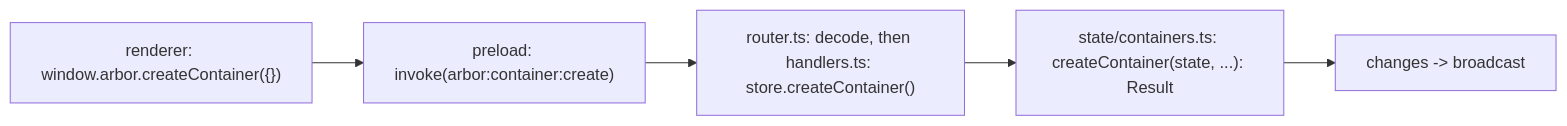
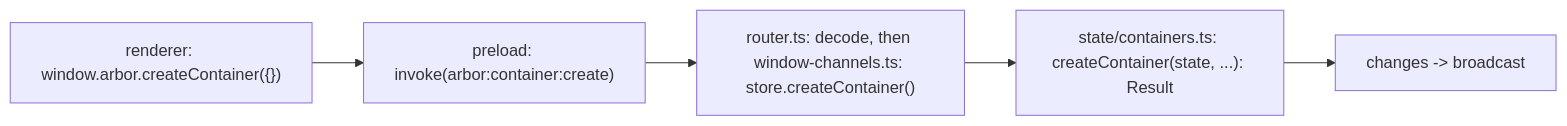
The third of 3 diagrams in docs/architecture/03-store.md (rom100main/arbor), drawn with Mermaid before and after one commit. The commit also changed other lines of this file and 3 other files, not shown here.

Commit message:
docs(architecture): extension handling use effect, simplify windows handling

````diff
--- a/docs/architecture/03-store.md
+++ b/docs/architecture/03-store.md
@@ -88,7 +88,7 @@
 ```mermaid
 flowchart LR
     Ren["renderer: window.arbor.createContainer({})"] --> Pre["preload: invoke(arbor:container:create)"]
-    Pre --> Han["router.ts: decode, then handlers.ts: store.createContainer()"]
+    Pre --> Han["router.ts: decode, then window-channels.ts: store.createContainer()"]
     Han --> Pure["state/containers.ts: createContainer(state, ...): Result"]
     Pure --> Commit["changes -> broadcast"]
 ```
````
